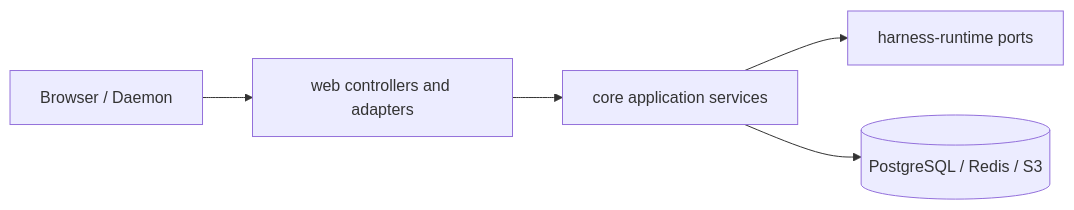
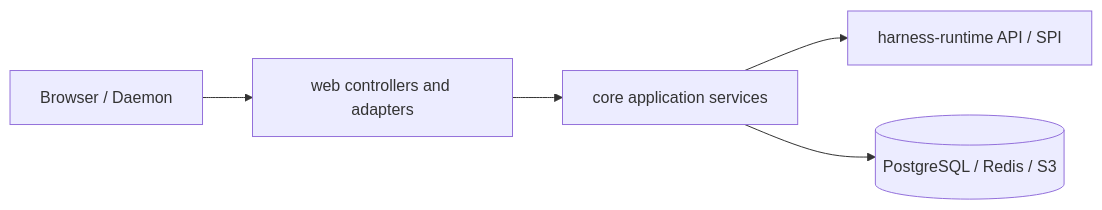
The diagram in docs/technical-solution/backend-implementation-design.md (fengwk/kk-studio), drawn with Mermaid before and after one commit. The commit also changed other lines of this file and 12 other files, not shown here.

First line of the commit message:
test(harness): harden API/SPI boundary guards and coordinator coverage

````diff
--- a/docs/technical-solution/backend-implementation-design.md
+++ b/docs/technical-solution/backend-implementation-design.md
@@ -7,11 +7,11 @@
 ```mermaid
 flowchart LR
     Client[Browser / Daemon]
     Web[web controllers and adapters]
     Core[core application services]
-    Runtime[harness-runtime ports]
+    Runtime[harness-runtime API / SPI]
     Store[(PostgreSQL / Redis / S3)]
 
     Client --> Web --> Core --> Runtime
     Core --> Store
 ```
````
